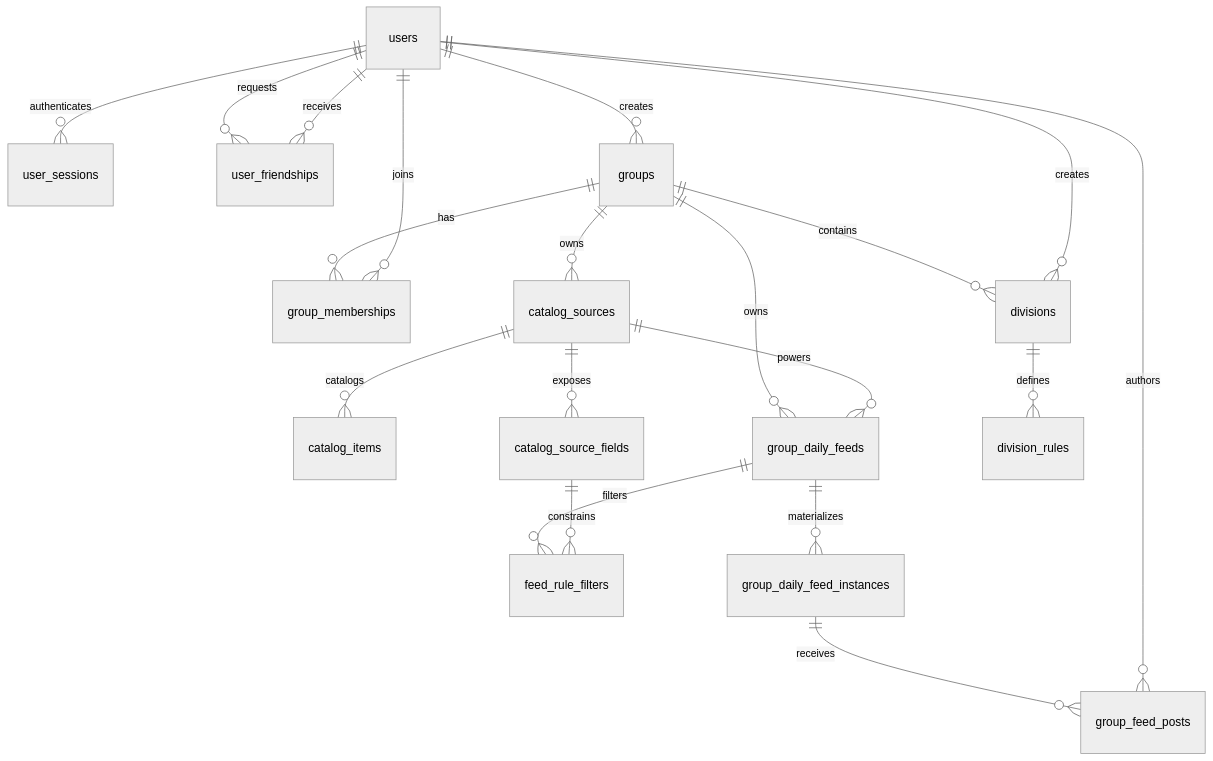
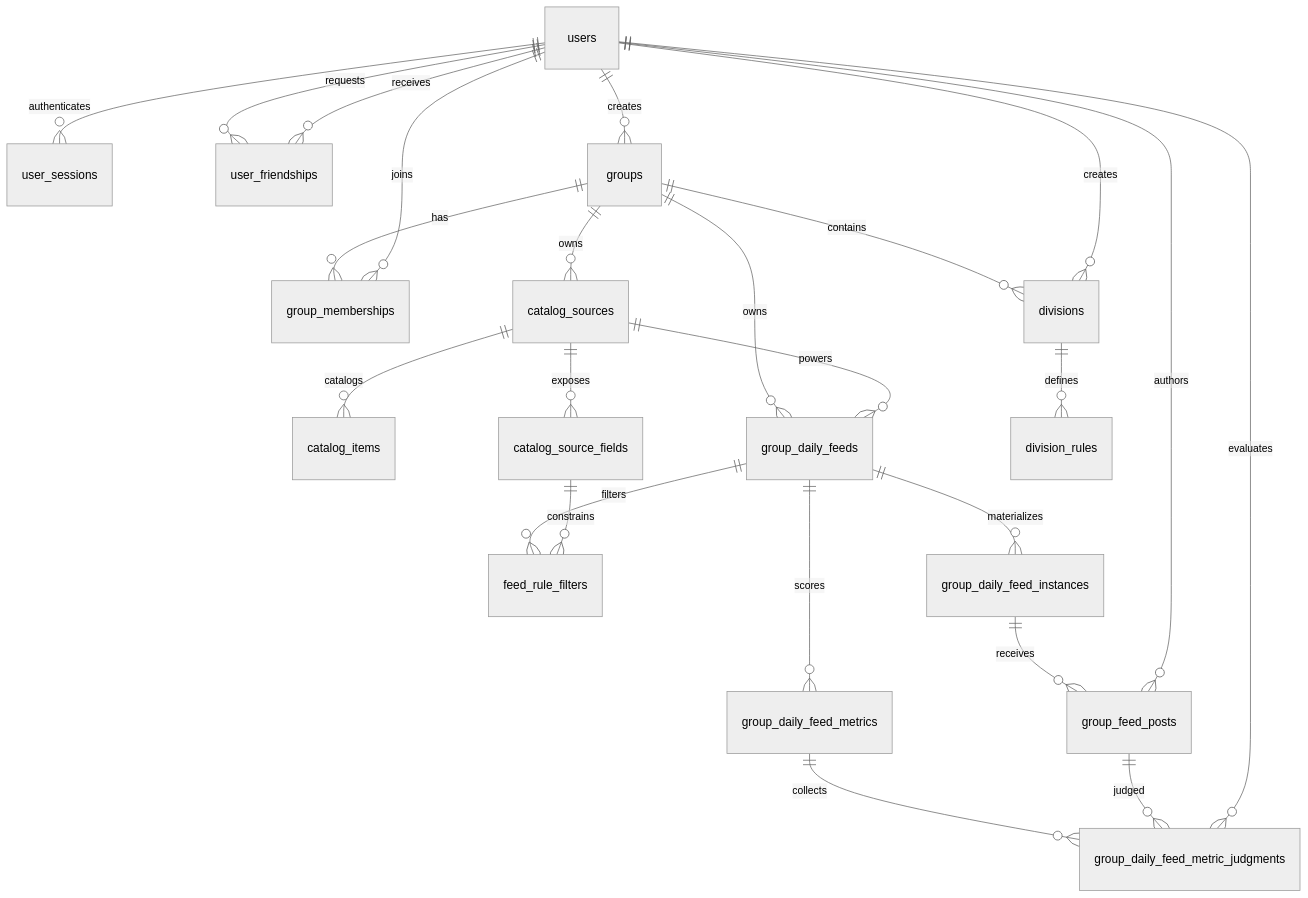
One commit to JTan2231/arcade changed the diagram in docs/data-model.md. Above: the diagram before and after it, drawn with Mermaid (neutral theme). The commit also changed other lines of this file and 14 other files, not shown here.

````diff
--- a/docs/data-model.md
+++ b/docs/data-model.md
@@ -22,27 +22,31 @@
 ```mermaid
 erDiagram
     users ||--o{ user_sessions : authenticates
     users ||--o{ user_friendships : requests
     users ||--o{ user_friendships : receives
 
     users ||--o{ groups : creates
     groups ||--o{ group_memberships : has
     users ||--o{ group_memberships : joins
 
     groups ||--o{ catalog_sources : owns
     catalog_sources ||--o{ catalog_items : catalogs
     catalog_sources ||--o{ catalog_source_fields : exposes
 
     groups ||--o{ group_daily_feeds : owns
     catalog_sources ||--o{ group_daily_feeds : powers
     group_daily_feeds ||--o{ feed_rule_filters : filters
     catalog_source_fields ||--o{ feed_rule_filters : constrains
 
+    group_daily_feeds ||--o{ group_daily_feed_metrics : scores
+    group_daily_feed_metrics ||--o{ group_daily_feed_metric_judgments : collects
     group_daily_feeds ||--o{ group_daily_feed_instances : materializes
     group_daily_feed_instances ||--o{ group_feed_posts : receives
     users ||--o{ group_feed_posts : authors
+    group_feed_posts ||--o{ group_daily_feed_metric_judgments : judged
+    users ||--o{ group_daily_feed_metric_judgments : evaluates
 
     groups ||--o{ divisions : contains
     users ||--o{ divisions : creates
     divisions ||--o{ division_rules : defines
 ```
````
